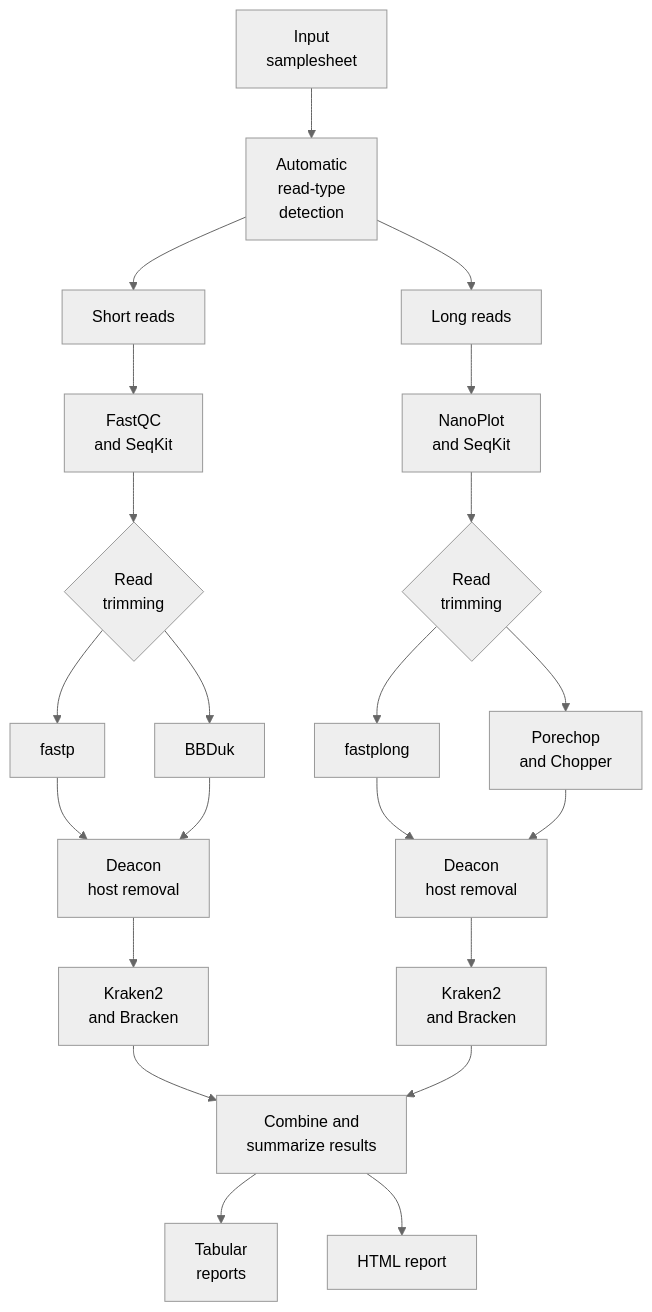
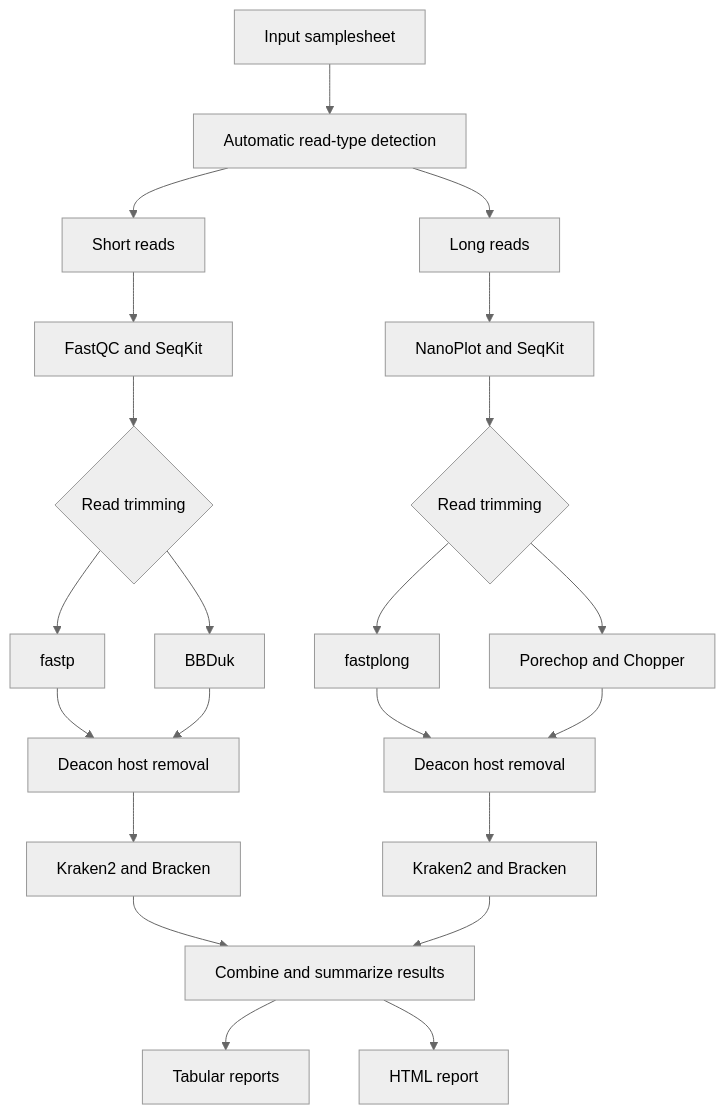
Before and after one commit to xiaoli-dong/nf-qcflow: the diagram in README.md, drawn with Mermaid (neutral theme).

Commit message:
Fix formatting in workflow overview section

````diff
--- a/README.md
+++ b/README.md
@@ -14,29 +14,30 @@
 ```mermaid
+%%{init: {"flowchart": {"wrappingWidth": 350}}}%%
 flowchart TD
-    A["Input<br/>samplesheet"] --> B["Automatic<br/>read-type<br/>detection"]
+    A["Input samplesheet"] --> B["Automatic read-type detection"]
 
     B --> C["Short reads"]
     B --> D["Long reads"]
 
-    C --> E["FastQC<br/>and SeqKit"]
-    E --> F{"Read<br/>trimming"}
+    C --> E["FastQC and SeqKit"]
+    E --> F{"Read trimming"}
     F --> G["fastp"]
     F --> H["BBDuk"]
-    G --> I["Deacon<br/>host removal"]
+    G --> I["Deacon host removal"]
     H --> I
-    I --> J["Kraken2<br/>and Bracken"]
+    I --> J["Kraken2 and Bracken"]
 
-    D --> K["NanoPlot<br/>and SeqKit"]
-    K --> L{"Read<br/>trimming"}
+    D --> K["NanoPlot and SeqKit"]
+    K --> L{"Read trimming"}
     L --> M["fastplong"]
-    L --> N["Porechop<br/>and Chopper"]
-    M --> O["Deacon<br/>host removal"]
+    L --> N["Porechop and Chopper"]
+    M --> O["Deacon host removal"]
     N --> O
-    O --> P["Kraken2<br/>and Bracken"]
+    O --> P["Kraken2 and Bracken"]
 
-    J --> Q["Combine and<br/>summarize results"]
+    J --> Q["Combine and summarize results"]
     P --> Q
 
-    Q --> R["Tabular<br/>reports"]
+    Q --> R["Tabular reports"]
     Q --> S["HTML report"]
 ```
````
